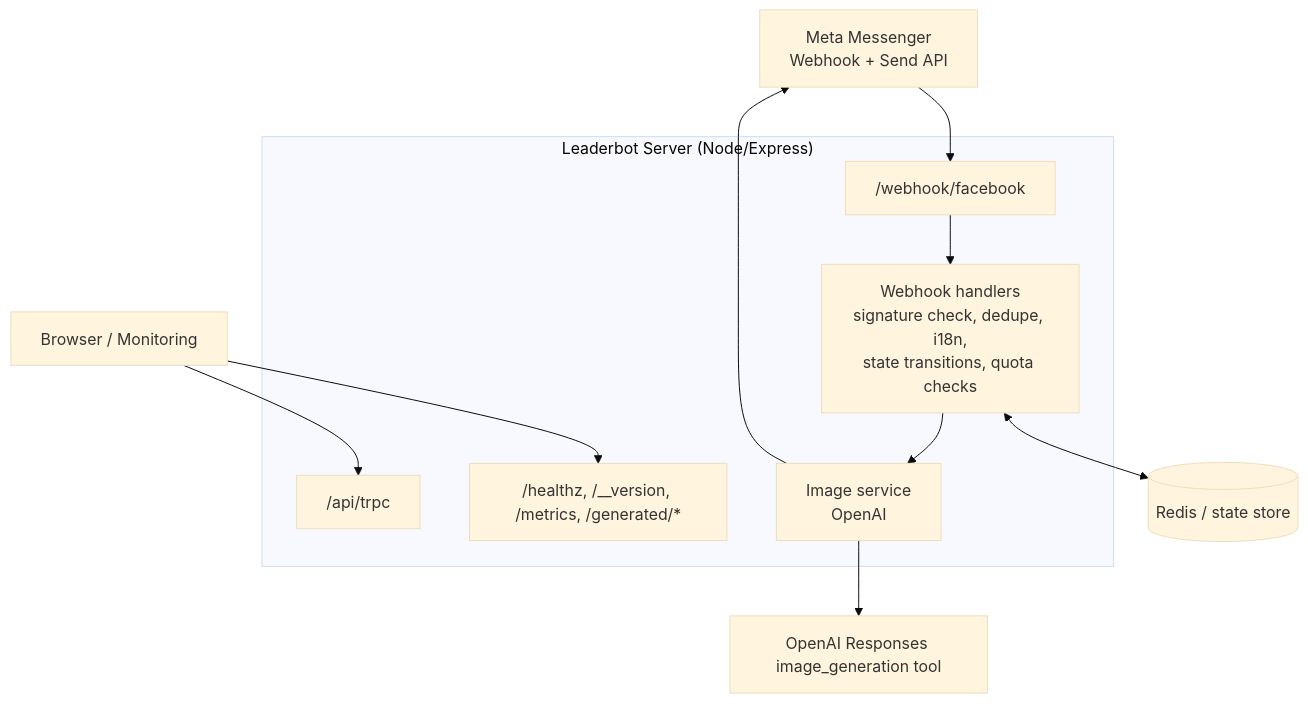
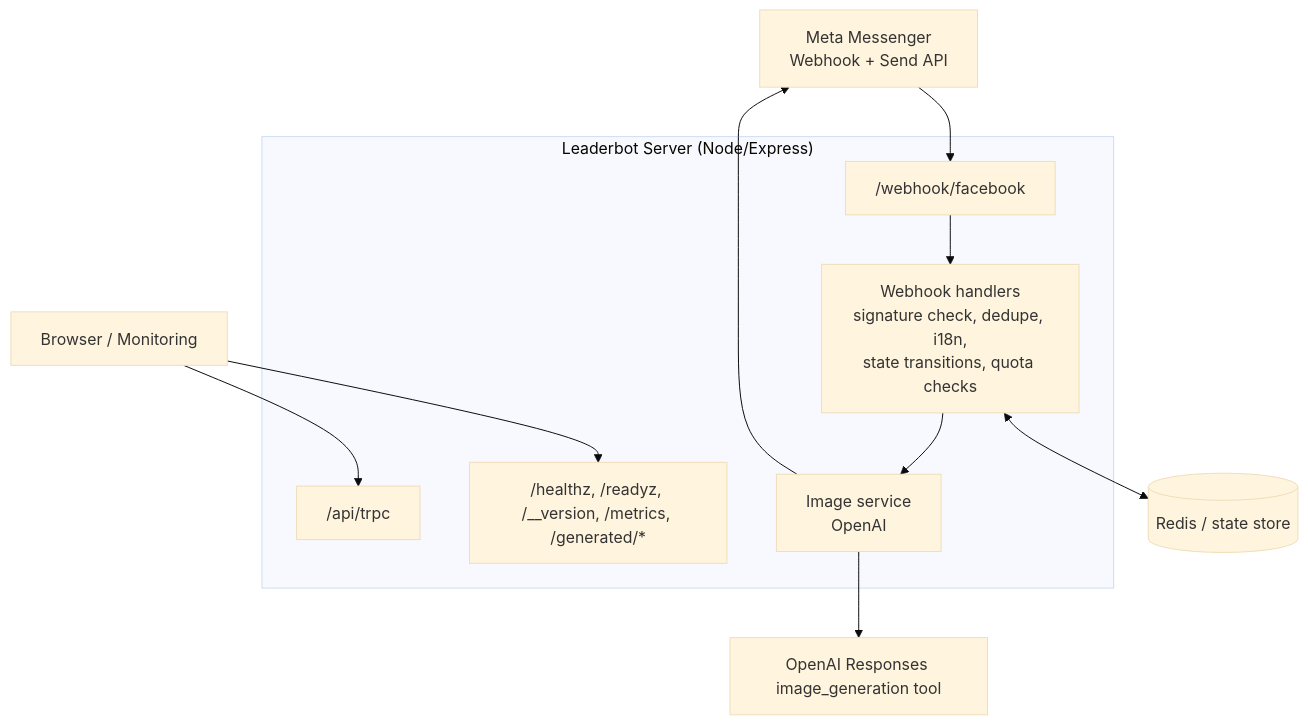
One commit to Dj-Shortcut/openclaw-facebook changed the diagram in apps/image-gen/README.md. Above: the diagram before and after it, drawn with Mermaid (base theme). The commit also changed other lines of this file and 37 other files, not shown here.

````diff
--- a/apps/image-gen/README.md
+++ b/apps/image-gen/README.md
@@ -68,25 +68,25 @@
 ```mermaid
 flowchart TD
     mm["Meta Messenger<br/>Webhook + Send API"]
     ua["Browser / Monitoring"]
 
     subgraph lb["Leaderbot Server (Node/Express)"]
         wh["/webhook/facebook"]
         trpc["/api/trpc"]
-        ops["/healthz, /__version, /metrics, /generated/*"]
+        ops["/healthz, /readyz, /__version, /metrics, /generated/*"]
         handlers["Webhook handlers<br/>signature check, dedupe, i18n,<br/>state transitions, quota checks"]
         img["Image service<br/>OpenAI"]
     end
 
     redis[("Redis / state store")]
     openai["OpenAI Responses image_generation tool"]
     mm --> wh
     wh --> handlers
     handlers --> img
     handlers <--> redis
     img --> openai
     img --> mm
 
     ua --> trpc
     ua --> ops
 ```
````
